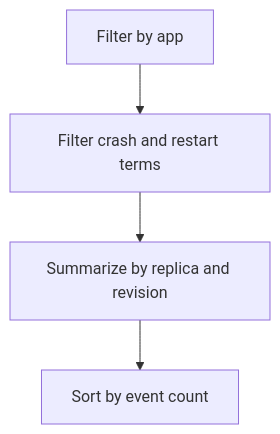
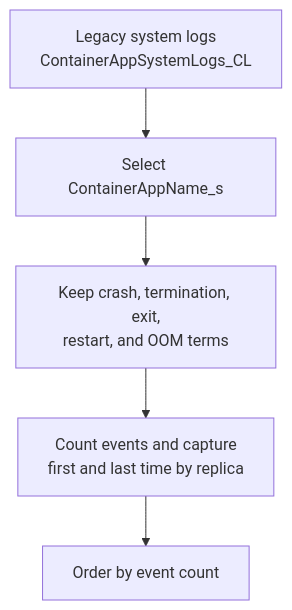
The diagram in docs/troubleshooting/kql/system-and-revisions/replica-crash-signals.md (yeongseon/azure-container-apps-practical-guide), drawn with Mermaid before and after one commit. The commit also changed other lines of this file and 22 other files, not shown here.

First line of the commit message:
docs(diagrams): migrate KQL diagnostic flows (#622)

````diff
--- a/docs/troubleshooting/kql/system-and-revisions/replica-crash-signals.md
+++ b/docs/troubleshooting/kql/system-and-revisions/replica-crash-signals.md
@@ -36,4 +36,10 @@
 ```mermaid
 flowchart TD
-    A[Filter by app] --> B[Filter crash and restart terms] --> C[Summarize by replica and revision] --> D[Sort by event count]
+    accTitle: Rank replicas by crash-related log activity
+    accDescr: The query selects one app from legacy system logs, keeps crash, termination, exit, restart, and out-of-memory terms, groups matches by revision and replica, and orders groups by event count.
+
+    SOURCE[Legacy system logs<br/>ContainerAppSystemLogs_CL] --> APP[Select ContainerAppName_s]
+    APP --> SIGNALS[Keep crash, termination, exit,<br/>restart, and OOM terms]
+    SIGNALS --> SUMMARY[Count events and capture<br/>first and last time by replica]
+    SUMMARY --> RESULT[Order by event count]
 ```
````
